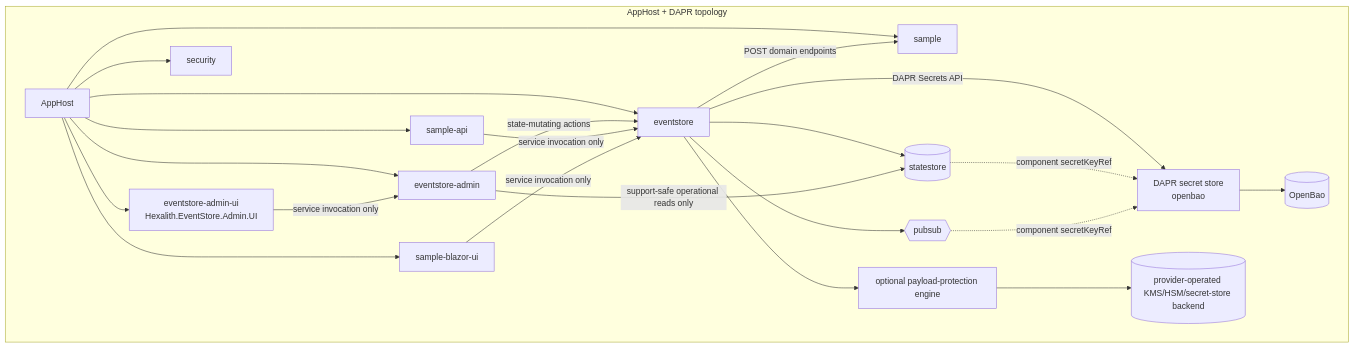
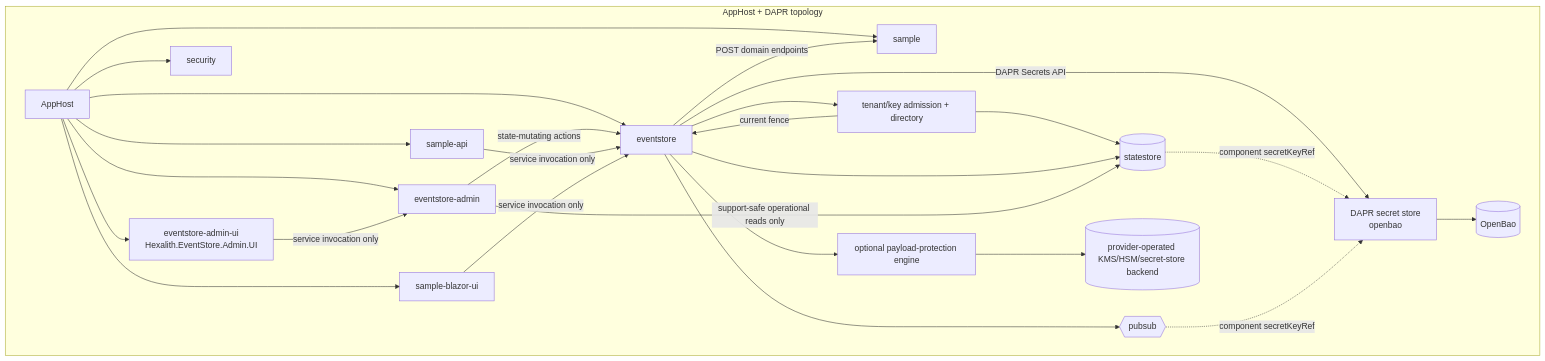
The third of 3 diagrams in _bmad-output/planning-artifacts/architecture.md (Hexalith/Hexalith.EventStore), drawn with Mermaid before and after one commit. The commit also changed other lines of this file and 127 other files, not shown here.

````diff
--- a/_bmad-output/planning-artifacts/architecture.md
+++ b/_bmad-output/planning-artifacts/architecture.md
@@ -406,40 +479,44 @@
 ```mermaid
 flowchart TB
     subgraph LocalAndPublishTopology["AppHost + DAPR topology"]
         AppHost[AppHost]
         EventStore[eventstore]
         AdminServer[eventstore-admin]
         AdminUI[eventstore-admin-ui<br/>Hexalith.EventStore.Admin.UI]
         Sample[sample]
         SampleApi[sample-api]
         SampleUI[sample-blazor-ui]
         Security[security]
         DaprSecrets[DAPR secret store<br/>openbao]
         OpenBao[(OpenBao)]
         PayloadProtection[optional payload-protection engine]
         KeyBackend[(provider-operated KMS/HSM/secret-store backend)]
+        Admission[tenant/key admission + directory]
         StateStore[(statestore)]
         PubSub{{pubsub}}
     end
     AppHost --> EventStore
     AppHost --> AdminServer
     AppHost --> AdminUI
     AppHost --> Sample
     AppHost --> SampleApi
     AppHost --> SampleUI
     AppHost --> Security
     EventStore -->|DAPR Secrets API| DaprSecrets
     DaprSecrets --> OpenBao
     StateStore -.->|component secretKeyRef| DaprSecrets
     PubSub -.->|component secretKeyRef| DaprSecrets
     EventStore --> PayloadProtection
     PayloadProtection --> KeyBackend
+    EventStore --> Admission
+    Admission --> StateStore
+    Admission -->|current fence| EventStore
     EventStore --> StateStore
     EventStore --> PubSub
     AdminServer -->|support-safe operational reads only| StateStore
     AdminServer -->|state-mutating actions| EventStore
     SampleApi -->|service invocation only| EventStore
     SampleUI -->|service invocation only| EventStore
     AdminUI -->|service invocation only| AdminServer
     EventStore -->|POST domain endpoints| Sample
 ```
````
